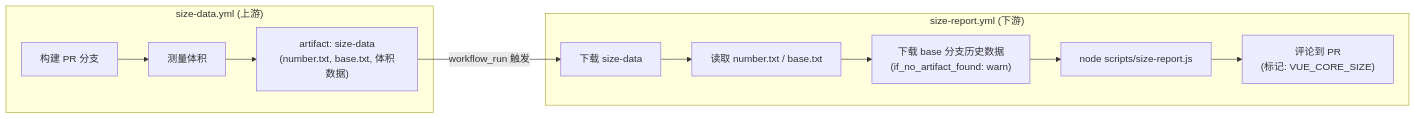
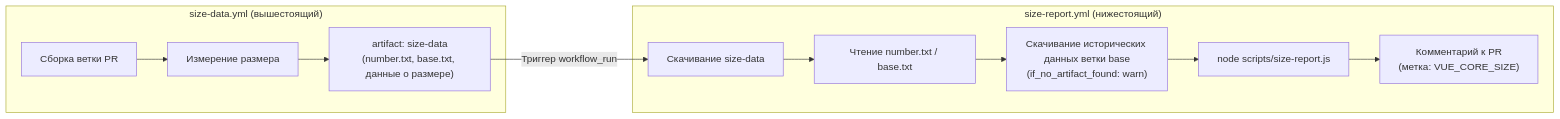
The third of 3 diagrams in books/vue3/ru/10-compiler-sfc-parsing.md (maleRjc/AiReadCodeBooks), drawn with Mermaid before and after one commit. The commit also changed other lines of this file and 74 other files, not shown here.

````diff
--- a/books/vue3/ru/10-compiler-sfc-parsing.md
+++ b/books/vue3/ru/10-compiler-sfc-parsing.md
@@ -380,15 +380,15 @@
 ```mermaid
 flowchart LR
-    subgraph "size-data.yml (上游)"
-        build_pr["构建 PR 分支"] --> measure["测量体积"]
-        measure --> artifact_pr["artifact: size-data\n(number.txt, base.txt, 体积数据)"]
+    subgraph "size-data.yml (вышестоящий)"
+        build_pr["Сборка ветки PR"] --> measure["Измерение размера"]
+        measure --> artifact_pr["artifact: size-data\n(number.txt, base.txt, данные о размере)"]
     end
 
-    subgraph "size-report.yml (下游)"
-        artifact_pr -->|"workflow_run 触发"| download["下载 size-data"]
-        download --> read_meta["读取 number.txt / base.txt"]
-        read_meta --> download_prev["下载 base 分支历史数据\n(if_no_artifact_found: warn)"]
+    subgraph "size-report.yml (нижестоящий)"
+        artifact_pr -->|"Триггер workflow_run"| download["Скачивание size-data"]
+        download --> read_meta["Чтение number.txt / base.txt"]
+        read_meta --> download_prev["Скачивание исторических данных ветки base\n(if_no_artifact_found: warn)"]
         download_prev --> gen_report["node scripts/size-report.js"]
-        gen_report --> comment["评论到 PR\n(标记: VUE_CORE_SIZE)"]
+        gen_report --> comment["Комментарий к PR\n(метка: VUE_CORE_SIZE)"]
     end
 ```
````
